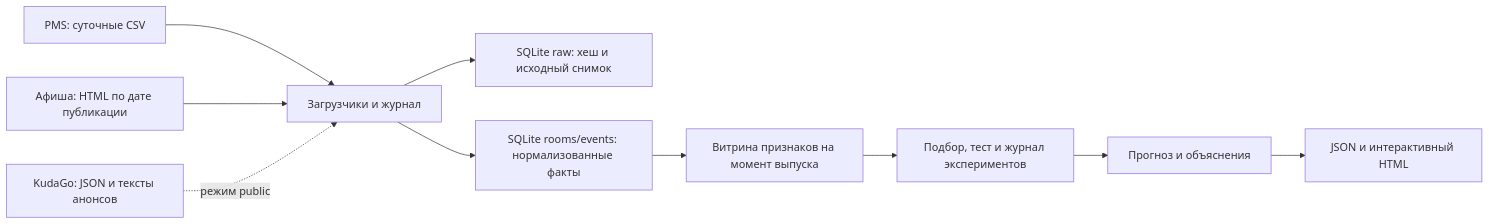
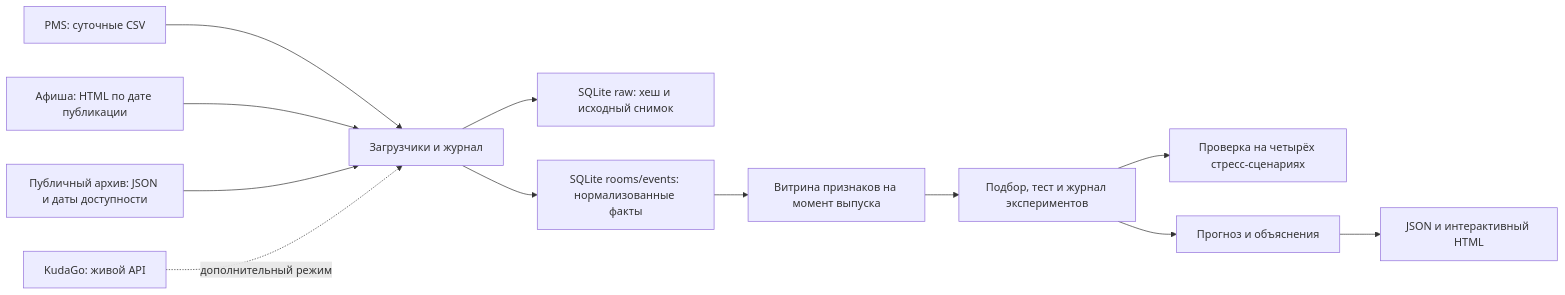
One commit to ReliqU/HotelForecast changed the diagram in README.md. Above: the diagram before and after it, drawn with Mermaid. The commit also changed other lines of this file and 21 other files, not shown here.

````diff
--- a/README.md
+++ b/README.md
@@ -48,12 +50,14 @@
 ```mermaid
 flowchart LR
     A["PMS: суточные CSV"] --> D["Загрузчики и журнал"]
     B["Афиша: HTML по дате публикации"] --> D
-    C["KudaGo: JSON и тексты анонсов"] -. "режим public" .-> D
+    C["Публичный архив: JSON и даты доступности"] --> D
+    P["KudaGo: живой API"] -. "дополнительный режим" .-> D
     D --> E["SQLite raw: хеш и исходный снимок"]
     D --> F["SQLite rooms/events: нормализованные факты"]
     F --> G["Витрина признаков на момент выпуска"]
     G --> H["Подбор, тест и журнал экспериментов"]
+    H --> S["Проверка на четырёх стресс-сценариях"]
     H --> I["Прогноз и объяснения"]
     I --> J["JSON и интерактивный HTML"]
 ```
````
